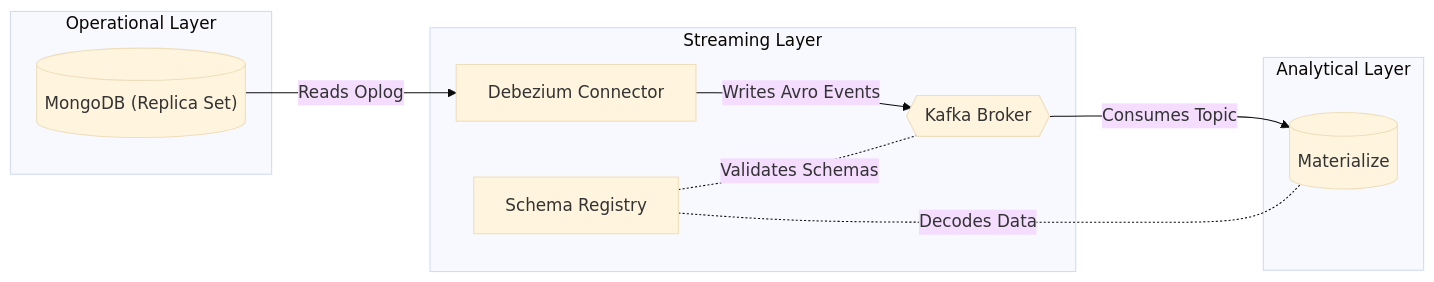
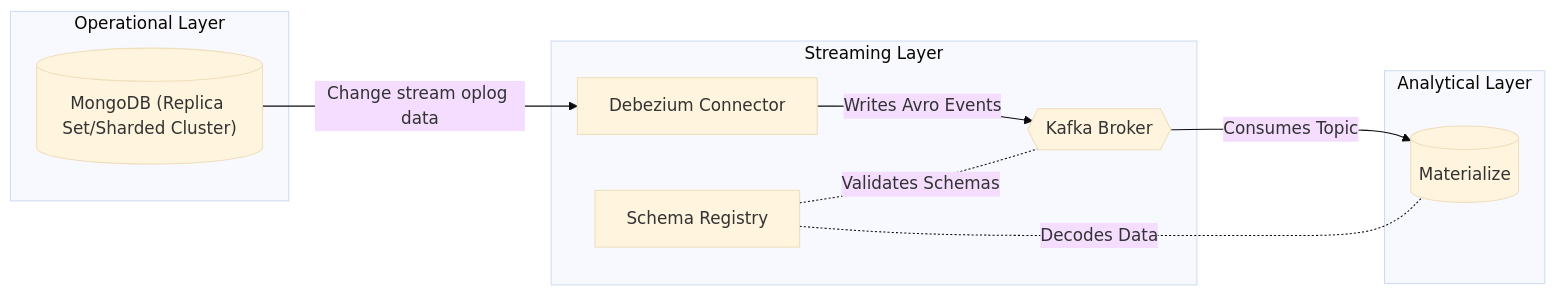
The diagram in doc/user/content/ingest-data/mongodb/_index.md (MaterializeInc/materialize), drawn with Mermaid (base theme) before and after one commit. The commit also changed other lines of this file and 2 other files, not shown here.

````diff
--- a/doc/user/content/ingest-data/mongodb/_index.md
+++ b/doc/user/content/ingest-data/mongodb/_index.md
@@ -39,22 +26,22 @@
 ```mermaid
 flowchart LR
     subgraph "Operational Layer"
-        Mongo[("MongoDB (Replica Set)")]
+        Mongo[("MongoDB (Replica Set/Sharded Cluster)")]
     end
 
     subgraph "Streaming Layer"
         Debezium["Debezium Connector"]
         Kafka{{"Kafka Broker"}}
         Schema["Schema Registry"]
     end
 
     subgraph "Analytical Layer"
         MZ[("Materialize")]
     end
 
-    Mongo -- "Reads Oplog" --> Debezium
+    Mongo -- "Change stream oplog data" --> Debezium
     Debezium -- "Writes Avro Events" --> Kafka
     Schema -. "Validates Schemas" .- Kafka
     Kafka -- "Consumes Topic" --> MZ
     Schema -. "Decodes Data" .- MZ
 ```
````
